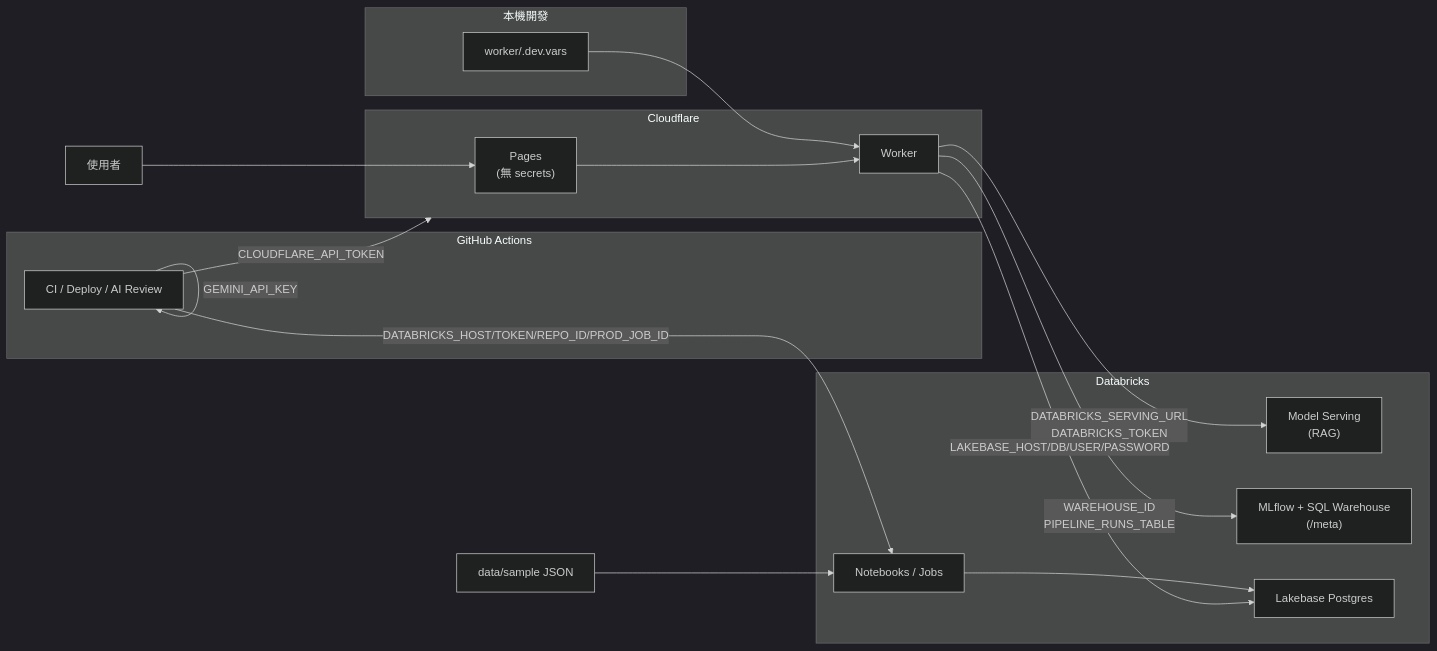
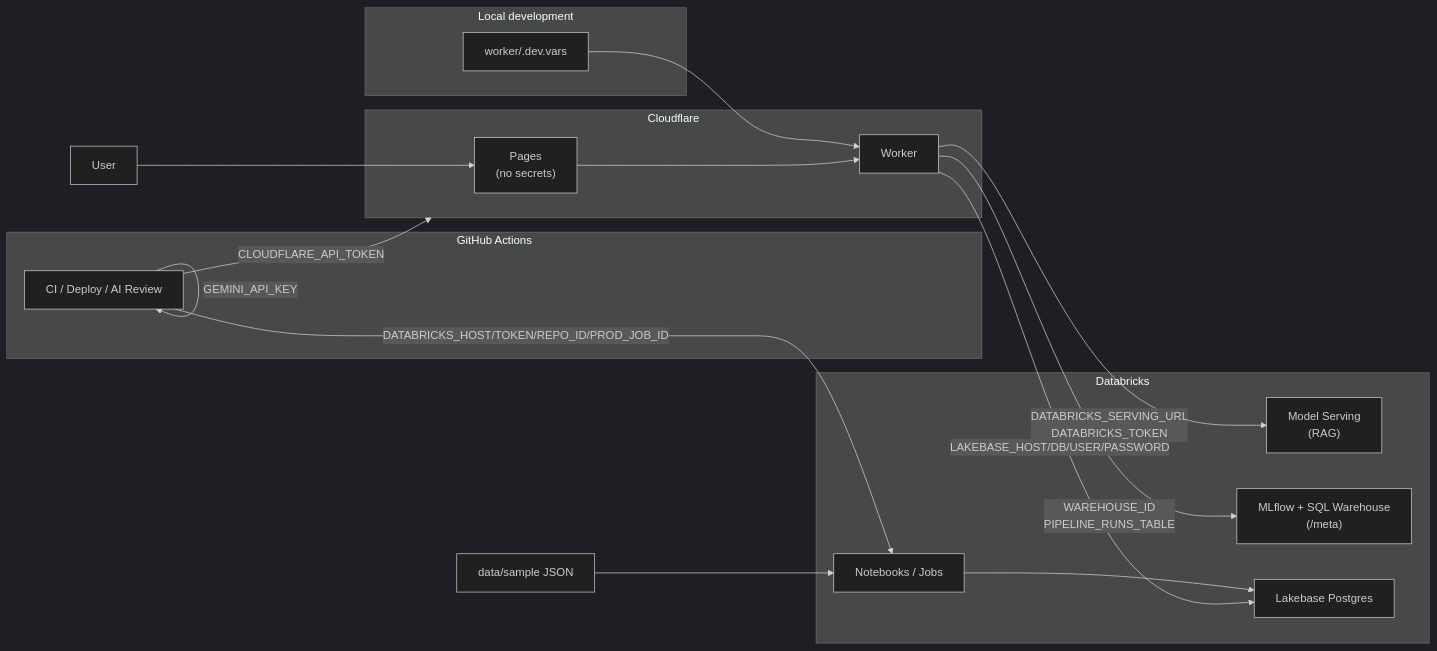
One commit to garmenty485/justice-compass-canada changed the diagram in docs/secrets_map.md. Above: the diagram before and after it, drawn with Mermaid (dark theme). The commit also changed other lines of this file and 8 other files, not shown here.

````diff
--- a/docs/secrets_map.md
+++ b/docs/secrets_map.md
@@ -10,37 +10,37 @@
 ```mermaid
 flowchart LR
-    subgraph local["本機開發"]
+    subgraph local["Local development"]
         devvars["worker/.dev.vars"]
     end
 
     subgraph gh["GitHub Actions"]
         gha["CI / Deploy / AI Review"]
     end
 
     subgraph cf["Cloudflare"]
-        pages["Pages<br/>(無 secrets)"]
+        pages["Pages<br/>(no secrets)"]
         worker["Worker"]
     end
 
     subgraph dbx["Databricks"]
         serving["Model Serving<br/>(RAG)"]
         meta["MLflow + SQL Warehouse<br/>(/meta)"]
         notebooks["Notebooks / Jobs"]
         lakebase["Lakebase Postgres"]
     end
 
     sample["data/sample JSON"]
 
-    user["使用者"] --> pages
+    user["User"] --> pages
     pages --> worker
     worker -->|"DATABRICKS_SERVING_URL<br/>DATABRICKS_TOKEN"| serving
     worker -->|"WAREHOUSE_ID<br/>PIPELINE_RUNS_TABLE"| meta
     worker -->|"LAKEBASE_HOST/DB/USER/PASSWORD"| lakebase
 
     sample --> notebooks
     devvars --> worker
     gha -->|"CLOUDFLARE_API_TOKEN"| cf
     gha -->|"GEMINI_API_KEY"| gha
     gha -->|"DATABRICKS_HOST/TOKEN/REPO_ID/PROD_JOB_ID"| notebooks
     notebooks --> lakebase
 ```
````
